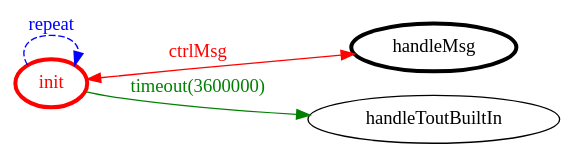
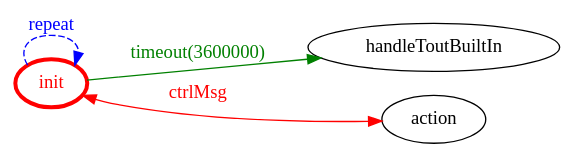
One commit to FFrabetti/ProgettoISS_relazione changed the diagram in it.unibo.finalTask2018/srcMore/it/unibo/nodebroker/nodebroker.gv. Above: the diagram before and after it, drawn with Graphviz. The commit also changed 13 other files, not shown here.

```diff
--- a/it.unibo.finalTask2018/srcMore/it/unibo/nodebroker/nodebroker.gv
+++ b/it.unibo.finalTask2018/srcMore/it/unibo/nodebroker/nodebroker.gv
@@ -1,18 +1,17 @@
 /*
 *
 * A GraphViz DOT FSM description 
 * Please use a GraphViz visualizer (like http://www.webgraphviz.com)
 *  
 */
 
 digraph finite_state_machine {
 	rankdir=LR
 	size="8,5"
 	
 	init [ color = red ][ fontcolor = red ][ penwidth = 3 ]
-	handleMsg [ color = black ][ fontcolor = black ][ penwidth = 3 ]
 	
 	init -> handleToutBuiltIn [ label = "timeout(3600000)" ][ color = green ][ fontcolor = green ]
+	init -> action [ label = "ctrlMsg" ][ color = red ][ fontcolor = red ][ dir = both ]
 	init -> init [ label = "repeat "][ style = dashed ][ color = blue ][ fontcolor = blue ]
-	init -> handleMsg [ label = "ctrlMsg" ][ color = red ][ fontcolor = red ][ dir = both ]
 }
```
